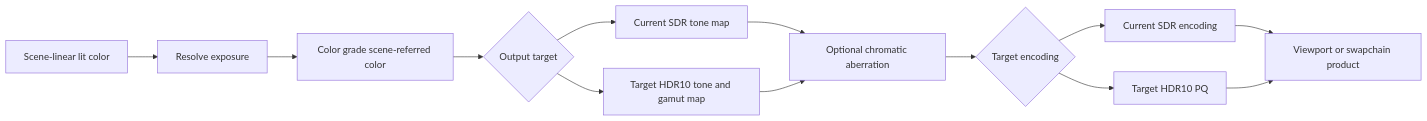
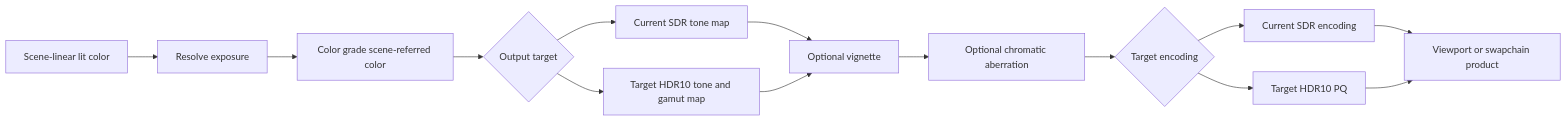
The diagram in Docs/Architecture/Modules/Engine/Renderer/Features/PostProcessing/DisplayPipeline/README.md (stoleckipawel/SparkleEngine), drawn with Mermaid before and after one commit. The commit also changed other lines of this file and 21 other files, not shown here.

````diff
--- a/Docs/Architecture/Modules/Engine/Renderer/Features/PostProcessing/DisplayPipeline/README.md
+++ b/Docs/Architecture/Modules/Engine/Renderer/Features/PostProcessing/DisplayPipeline/README.md
@@ -22,15 +23,16 @@
 ```mermaid
 flowchart LR
     Scene[Scene-linear lit color] --> Exposure[Resolve exposure]
     Exposure --> Grade[Color grade scene-referred color]
     Grade --> ODT{Output target}
     ODT --> Tone[Current SDR tone map]
     ODT --> HDRTone[Target HDR10 tone and gamut map]
-    Tone --> Lens[Optional chromatic aberration]
-    HDRTone --> Lens
+    Tone --> Vignette[Optional vignette]
+    Vignette --> Lens[Optional chromatic aberration]
+    HDRTone --> Vignette
     Lens --> Encode{Target encoding}
     Encode --> SDR[Current SDR encoding]
     Encode --> HDR[Target HDR10 PQ]
     SDR --> Present[Viewport or swapchain product]
     HDR --> Present
 ```
````
